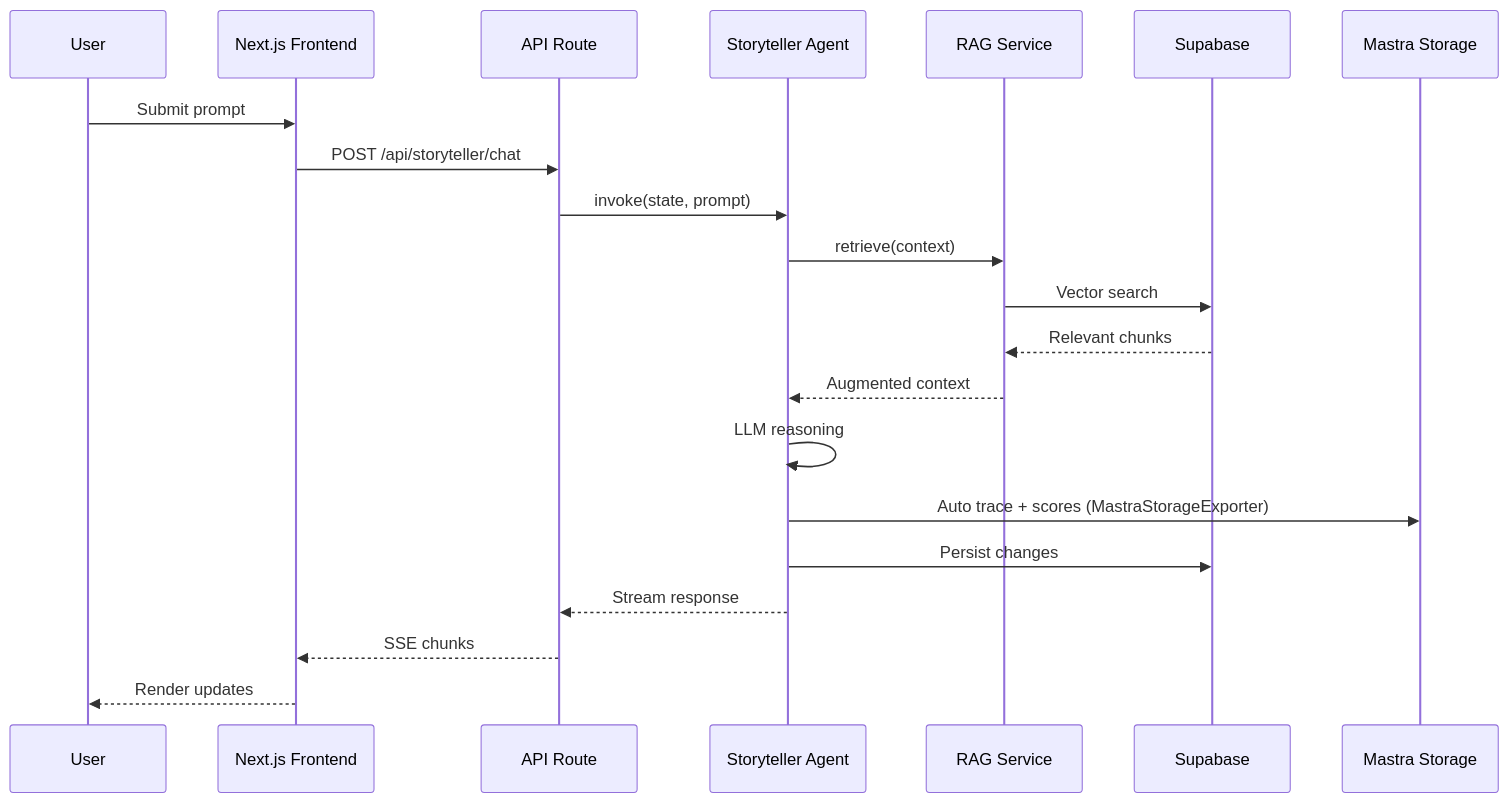
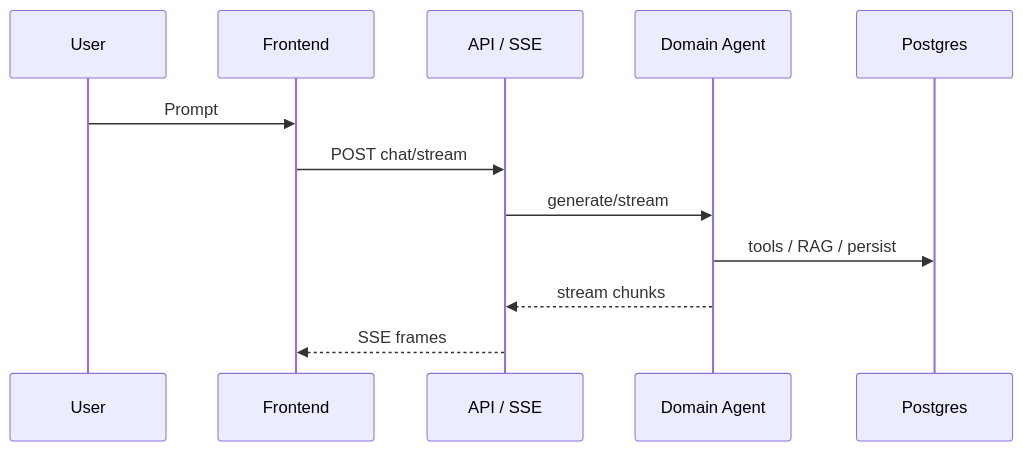
One commit to jsroga/nomos changed the second of 2 diagrams in docs/ARCHITECTURE.md. Above: the diagram before and after it, drawn with Mermaid. The commit also changed other lines of this file and 450 other files, not shown here.

````diff
--- a/docs/ARCHITECTURE.md
+++ b/docs/ARCHITECTURE.md
@@ -175,27 +90,15 @@
 ```mermaid
 sequenceDiagram
     participant U as User
-    participant FE as Next.js Frontend
-    participant API as API Route
-    participant Agent as Storyteller Agent
-    participant RAG as RAG Service
-    participant DB as Supabase
-    participant Obs as Mastra Storage
+    participant FE as Frontend
+    participant API as API / SSE
+    participant Agent as Domain Agent
+    participant DB as Postgres
 
-    U->>FE: Submit prompt
-    FE->>API: POST /api/storyteller/chat
-    API->>Agent: invoke(state, prompt)
-    
-    Agent->>RAG: retrieve(context)
-    RAG->>DB: Vector search
-    DB-->>RAG: Relevant chunks
-    RAG-->>Agent: Augmented context
-    
-    Agent->>Agent: LLM reasoning
-    Agent->>Obs: Auto trace + scores (MastraStorageExporter)
-    
-    Agent->>DB: Persist changes
-    Agent-->>API: Stream response
-    API-->>FE: SSE chunks
-    FE-->>U: Render updates
+    U->>FE: Prompt
+    FE->>API: POST chat/stream
+    API->>Agent: generate/stream
+    Agent->>DB: tools / RAG / persist
+    Agent-->>API: stream chunks
+    API-->>FE: SSE frames
 ```
````
